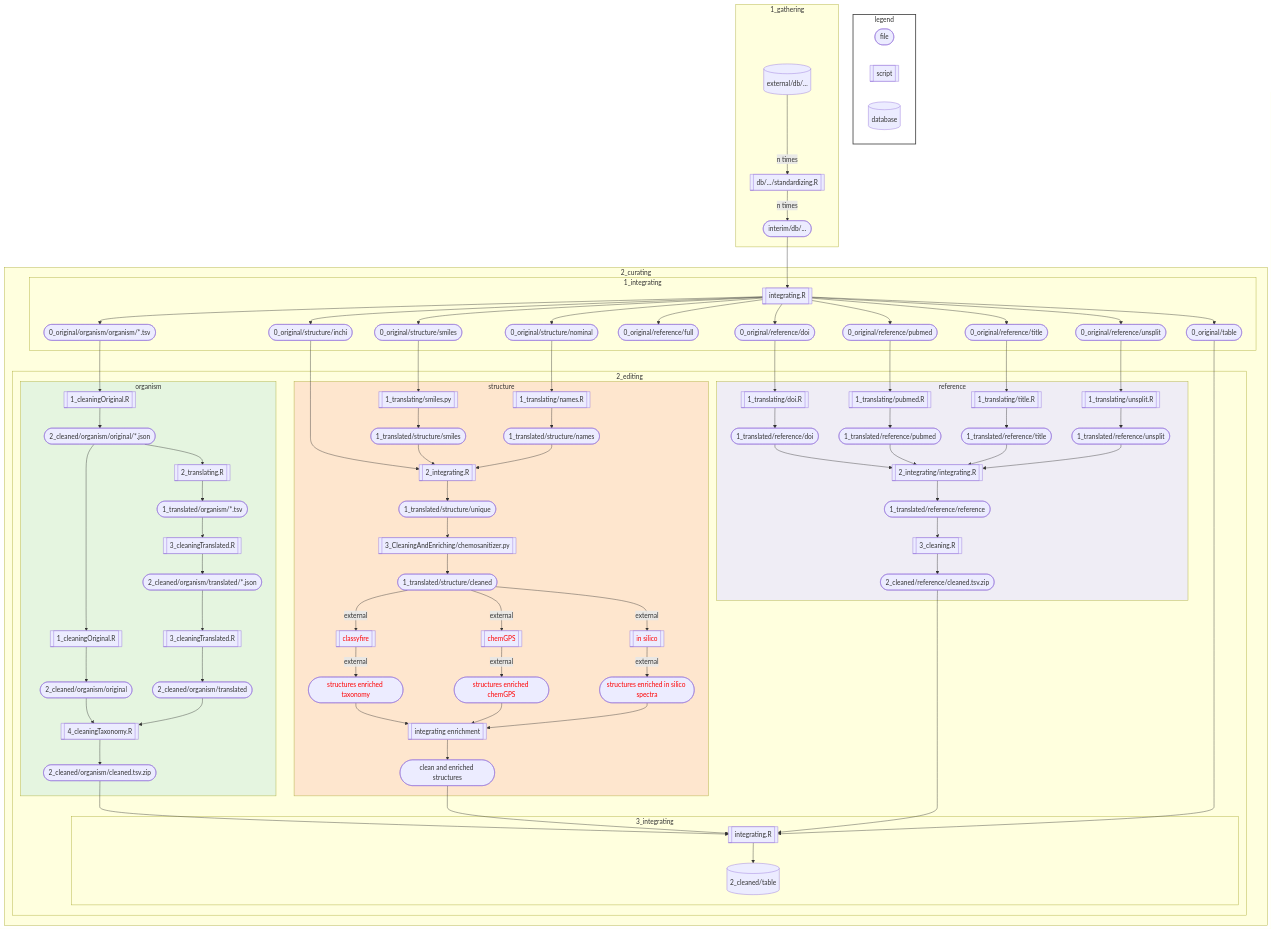
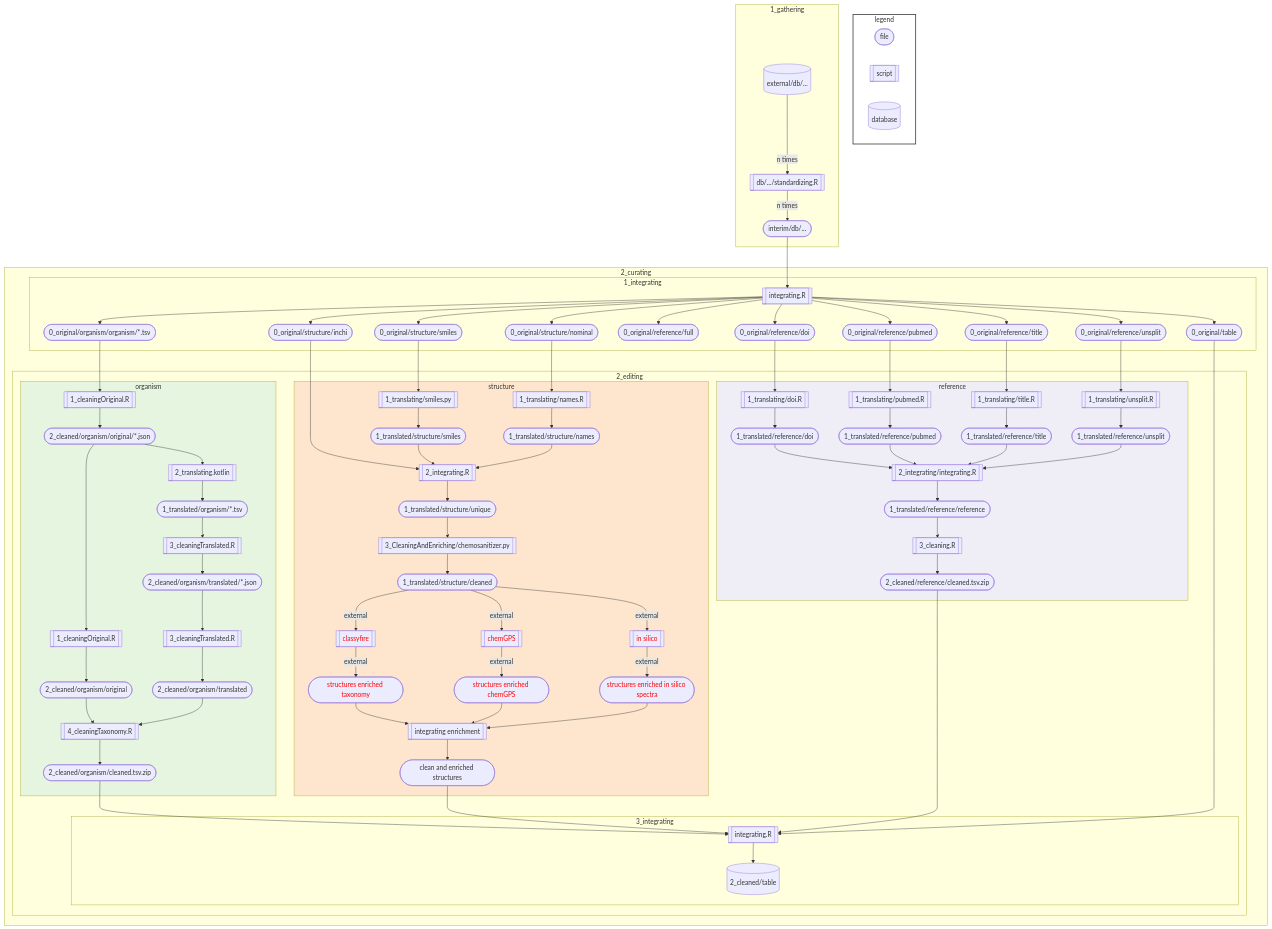
Before and after one commit to lotusnprod/lotus-processor: the diagram in README.md, drawn with Mermaid.

Commit message:
refactor: improve chemosanitizer scripts performance and structure

```diff
--- a/README.md
+++ b/README.md
@@ -45,7 +45,7 @@
                 104([2_cleaned/organism/original]) -->
                     111[[4_cleaningTaxonomy.R]]
         102([2_cleaned/organism/original/*.json]) -->
-            105[[2_translating.R]] -->
+            105[[2_translating.kotlin]] -->
                 106([1_translated/organism/*.tsv]) -->
                     107[[3_cleaningTranslated.R]] --> 
                         108([2_cleaned/organism/translated/*.json]) --> 
```
